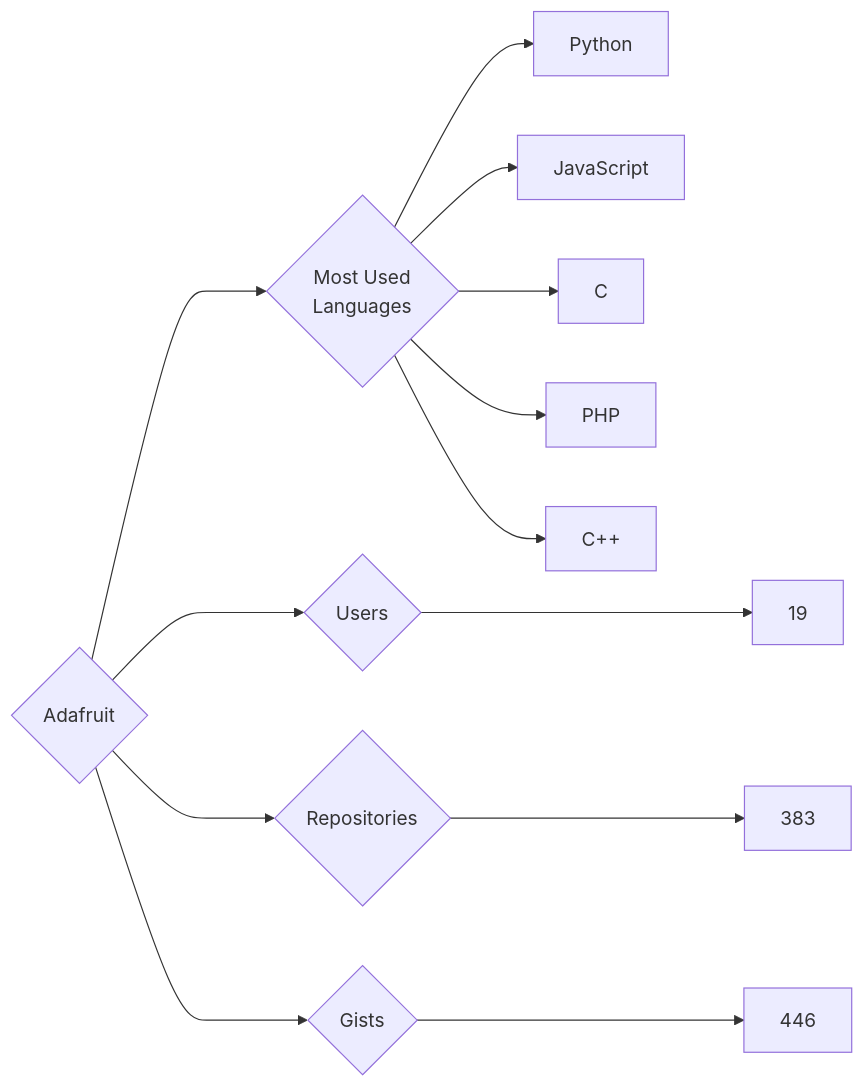
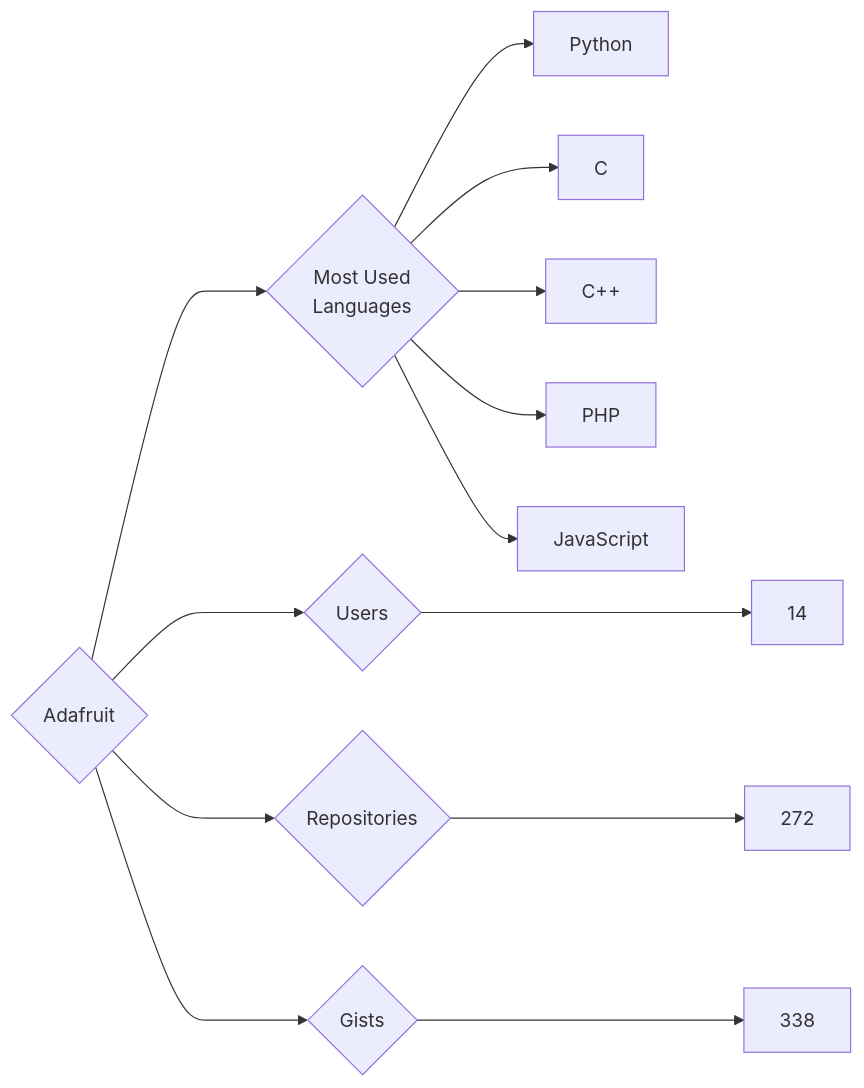
The diagram in targets/Adafruit/README.md (trickest/insiders), drawn with Mermaid before and after one commit. The commit also changed 951 other files, not shown here.

````diff
--- a/targets/Adafruit/README.md
+++ b/targets/Adafruit/README.md
@@ -3,13 +3,13 @@
 ```mermaid
 graph LR
 COMPANY_NAME{Adafruit}
-COMPANY_NAME ---> U{Users} ---> UN[19]
-COMPANY_NAME ---> R{Repositories} ---> RN[383]
-COMPANY_NAME ---> G{Gists} ---> GN[446]
+COMPANY_NAME ---> U{Users} ---> UN[14]
+COMPANY_NAME ---> R{Repositories} ---> RN[272]
+COMPANY_NAME ---> G{Gists} ---> GN[338]
 COMPANY_NAME ---> ML{Most Used<br>Languages}
-ML --> Python
-ML --> JavaScript
-ML --> C
-ML --> PHP
-ML --> C++
+ML --> Python[Python]
+ML --> C[C]
+ML --> C++[C++]
+ML --> PHP[PHP]
+ML --> JavaScript[JavaScript]
 ```
````
